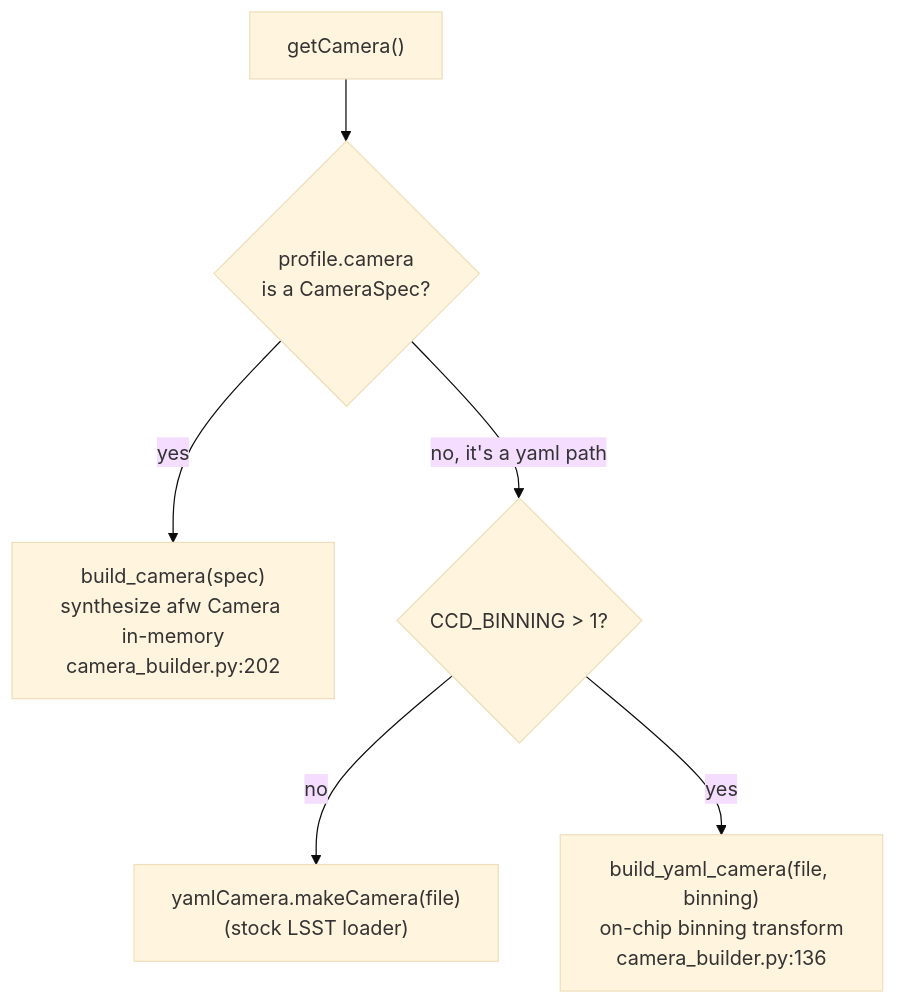
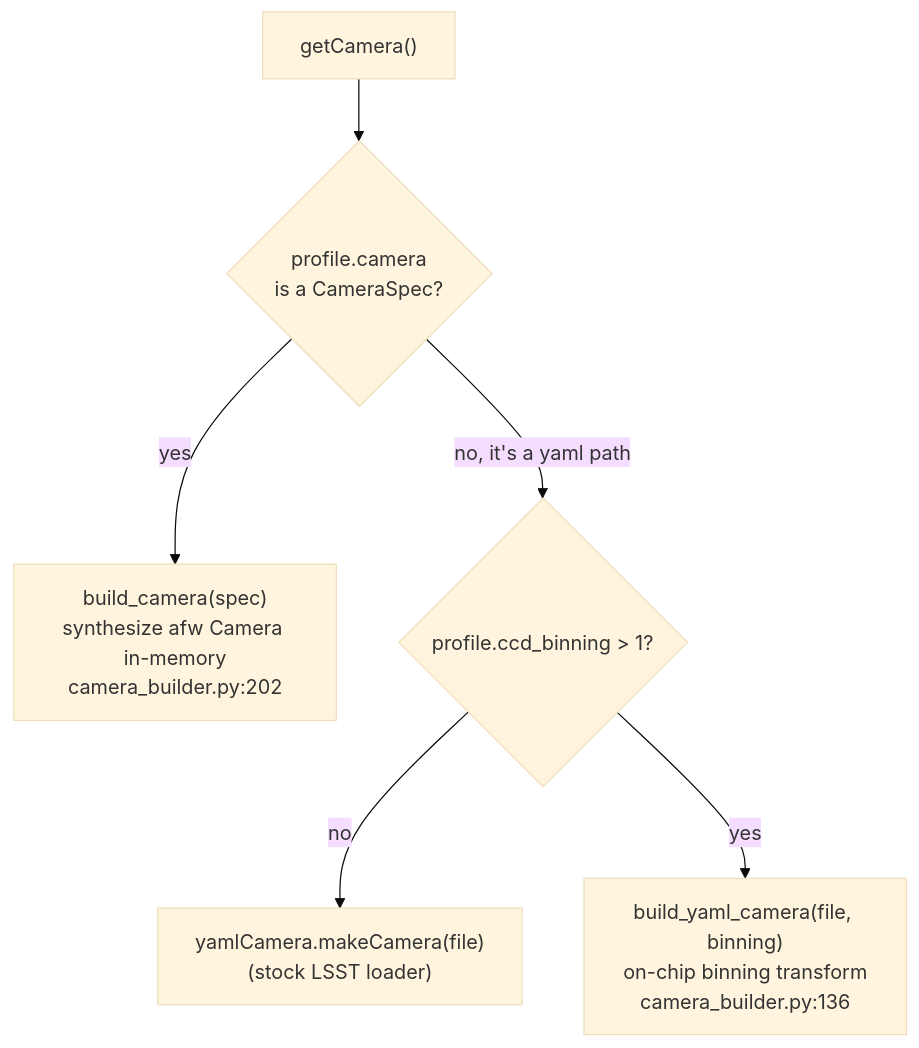
One commit to dangause/stips changed the fifth of 9 diagrams in docs/obs-abstraction.md. Above: the diagram before and after it, drawn with Mermaid (base theme). The commit also changed other lines of this file and 9 other files, not shown here.

Commit message:
docs: instrument identity by directory name, binning in the profile, migration note

````diff
--- a/docs/obs-abstraction.md
+++ b/docs/obs-abstraction.md
@@ -294,8 +271,8 @@
 ```mermaid
 flowchart TB
     gc["getCamera()"] --> q{"profile.camera<br/>is a CameraSpec?"}
     q -->|yes| bc["build_camera(spec)<br/>synthesize afw Camera in-memory<br/>camera_builder.py:202"]
-    q -->|no, it's a yaml path| bn{"CCD_BINNING &gt; 1?"}
+    q -->|no, it's a yaml path| bn{"profile.ccd_binning &gt; 1?"}
     bn -->|no| yc["yamlCamera.makeCamera(file)<br/>(stock LSST loader)"]
     bn -->|yes| byc["build_yaml_camera(file, binning)<br/>on-chip binning transform<br/>camera_builder.py:136"]
 ```
````
